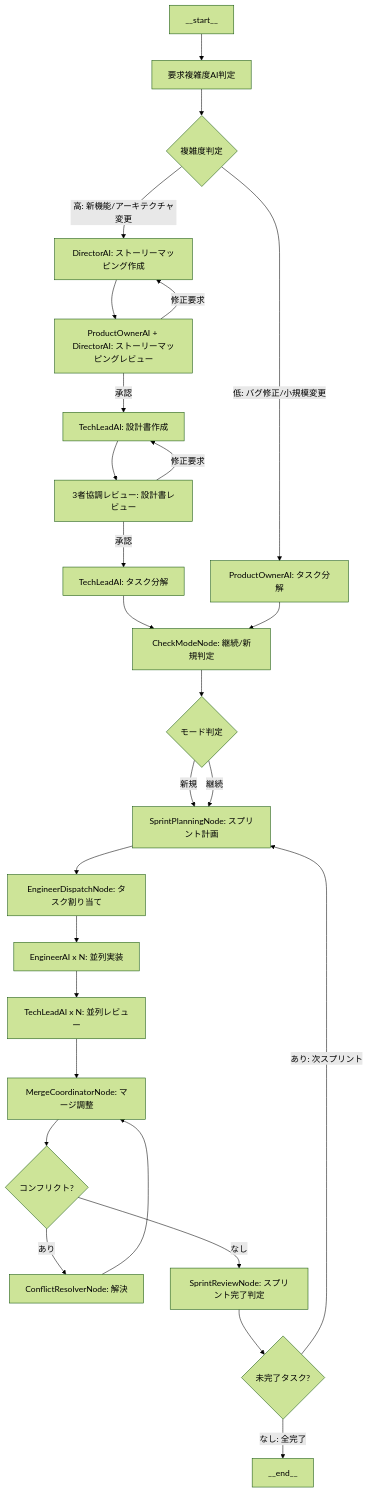
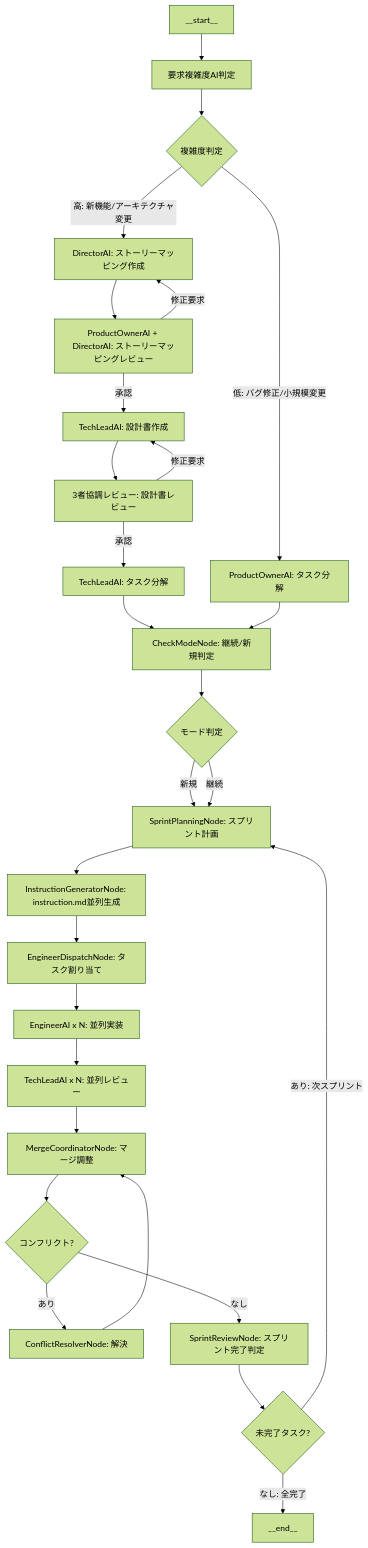
Before and after one commit to titabash/kugutsu: the diagram in spec/UNIFIED_SCRUM_WORKFLOW_SPECIFICATION.md, drawn with Mermaid (forest theme). The commit also changed other lines of this file and 43 other files, not shown here.

````diff
--- a/spec/UNIFIED_SCRUM_WORKFLOW_SPECIFICATION.md
+++ b/spec/UNIFIED_SCRUM_WORKFLOW_SPECIFICATION.md
@@ -71,45 +71,46 @@
 ```mermaid
 graph TD
     START[__start__] --> ANALYZE_COMPLEXITY[要求複雑度AI判定]
 
     ANALYZE_COMPLEXITY --> COMPLEXITY_CHECK{複雑度判定}
 
     %% 複雑な要求フロー
     COMPLEXITY_CHECK -->|高: 新機能/アーキテクチャ変更| DIRECTOR[DirectorAI: ストーリーマッピング作成]
 
     DIRECTOR --> REVIEW_STORY[ProductOwnerAI + DirectorAI: ストーリーマッピングレビュー]
     REVIEW_STORY -->|承認| TECH_DESIGN[TechLeadAI: 設計書作成]
     REVIEW_STORY -->|修正要求| DIRECTOR
 
     TECH_DESIGN --> REVIEW_DESIGN[3者協調レビュー: 設計書レビュー]
     REVIEW_DESIGN -->|承認| TASK_BREAKDOWN[TechLeadAI: タスク分解]
     REVIEW_DESIGN -->|修正要求| TECH_DESIGN
 
     TASK_BREAKDOWN --> CHECK_MODE
 
     %% 簡単な要求フロー
     COMPLEXITY_CHECK -->|低: バグ修正/小規模変更| PRODUCT_OWNER[ProductOwnerAI: タスク分解]
 
     PRODUCT_OWNER --> CHECK_MODE
 
     %% 継続モード判定
     CHECK_MODE[CheckModeNode: 継続/新規判定] --> MODE_ROUTE{モード判定}
     MODE_ROUTE -->|新規| SPRINT_PLAN
     MODE_ROUTE -->|継続| SPRINT_PLAN[SprintPlanningNode: スプリント計画]
 
     %% スプリント実行ループ
-    SPRINT_PLAN --> DISPATCH[EngineerDispatchNode: タスク割り当て]
+    SPRINT_PLAN --> INSTRUCTION_GEN[InstructionGeneratorNode: instruction.md並列生成]
+    INSTRUCTION_GEN --> DISPATCH[EngineerDispatchNode: タスク割り当て]
     DISPATCH --> ENGINEER[EngineerAI x N: 並列実装]
     ENGINEER --> REVIEW[TechLeadAI x N: 並列レビュー]
     REVIEW --> MERGE[MergeCoordinatorNode: マージ調整]
 
     MERGE --> CONFLICT_CHECK{コンフリクト?}
     CONFLICT_CHECK -->|あり| CONFLICT[ConflictResolverNode: 解決]
     CONFLICT --> MERGE
 
     CONFLICT_CHECK -->|なし| SPRINT_REVIEW[SprintReviewNode: スプリント完了判定]
 
     SPRINT_REVIEW --> SPRINT_CHECK{未完了タスク?}
     SPRINT_CHECK -->|あり: 次スプリント| SPRINT_PLAN
     SPRINT_CHECK -->|なし: 全完了| END[__end__]
 ```
````
